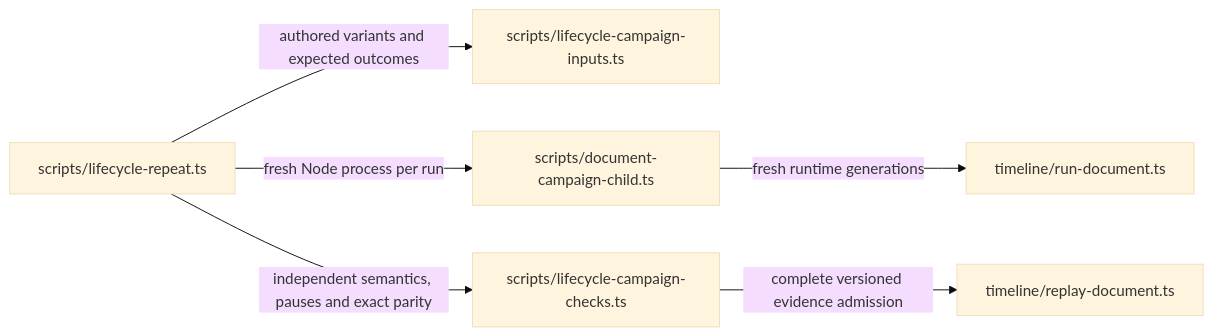
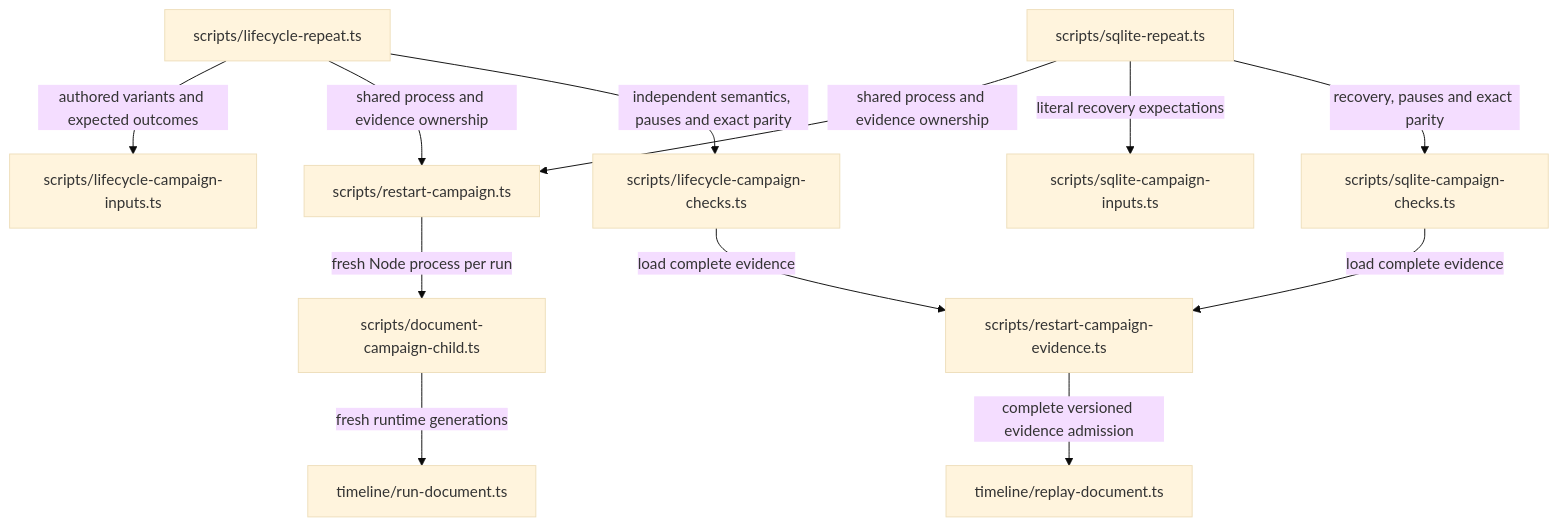
Before and after one commit to sproates/zooglass: diagram 25 of 29 in workbench/docs/source-map.md, drawn with Mermaid (base theme). The commit also changed other lines of this file and 16 other files, not shown here.

Commit message:
Add SQLite restart qualification and recovery clock control

````diff
--- a/workbench/docs/source-map.md
+++ b/workbench/docs/source-map.md
@@ -707,8 +707,14 @@
 ```mermaid
-flowchart LR
+flowchart TB
   campaign["scripts/lifecycle-repeat.ts"] -->|authored variants and expected outcomes| inputs["scripts/lifecycle-campaign-inputs.ts"]
-  campaign -->|fresh Node process per run| child["scripts/document-campaign-child.ts"]
+  campaign -->|shared process and evidence ownership| runner["scripts/restart-campaign.ts"]
+  sqlite["scripts/sqlite-repeat.ts"] -->|shared process and evidence ownership| runner
+  sqlite -->|literal recovery expectations| sqlinputs["scripts/sqlite-campaign-inputs.ts"]
+  sqlite -->|recovery, pauses and exact parity| sqlchecks["scripts/sqlite-campaign-checks.ts"]
+  runner -->|fresh Node process per run| child["scripts/document-campaign-child.ts"]
   child -->|fresh runtime generations| run["timeline/run-document.ts"]
   campaign -->|independent semantics, pauses and exact parity| checks["scripts/lifecycle-campaign-checks.ts"]
-  checks -->|complete versioned evidence admission| replay["timeline/replay-document.ts"]
+  checks -->|load complete evidence| evidence["scripts/restart-campaign-evidence.ts"]
+  sqlchecks -->|load complete evidence| evidence
+  evidence -->|complete versioned evidence admission| replay["timeline/replay-document.ts"]
 ```
````
